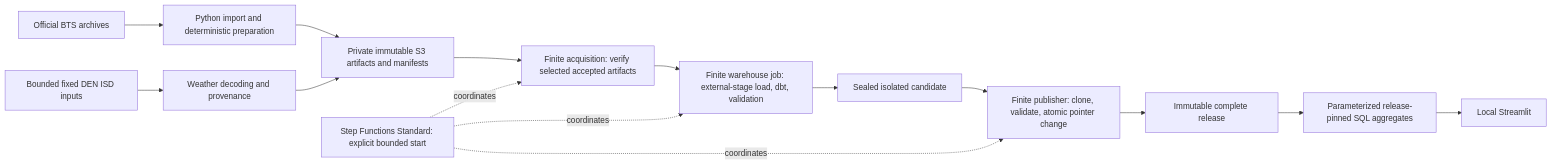
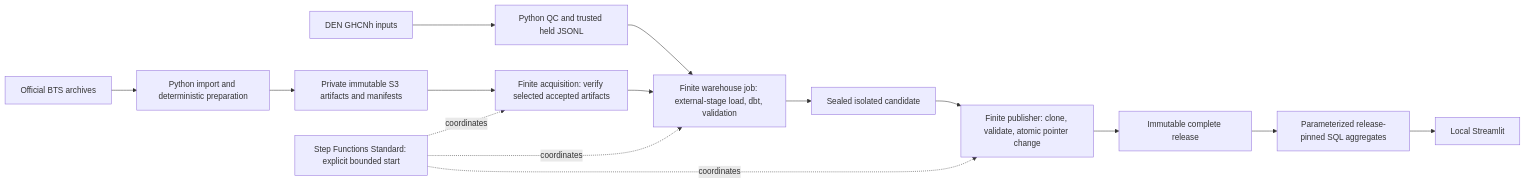
Before and after one commit to kirebanana/airline-delay-intelligence: the first of 2 diagrams in docs/presentation.md, drawn with Mermaid. The commit also changed other lines of this file and 12 other files, not shown here.

Commit message:
Refresh architecture documentation and record resource lifecycle (#16)

````diff
--- a/docs/presentation.md
+++ b/docs/presentation.md
@@ -51,17 +62,17 @@
 ```mermaid
 flowchart LR
     BTS[Official BTS archives] --> Prep[Python import and deterministic preparation]
-    NOAA[Bounded fixed DEN ISD inputs] --> WX[Weather decoding and provenance]
+    NOAA[DEN GHCNh inputs] --> WX[Python QC and trusted held JSONL]
     Prep --> S3[Private immutable S3 artifacts and manifests]
-    WX --> S3
+    WX --> Build
     S3 --> Acq[Finite acquisition: verify selected accepted artifacts]
     Acq --> Build[Finite warehouse job: external-stage load, dbt, validation]
     Build --> Candidate[Sealed isolated candidate]
     Candidate --> Pub[Finite publisher: clone, validate, atomic pointer change]
     Pub --> Release[Immutable complete release]
     Release --> SQL[Parameterized release-pinned SQL aggregates]
     SQL --> UI[Local Streamlit]
     SF[Step Functions Standard: explicit bounded start] -. coordinates .-> Acq
     SF -. coordinates .-> Build
     SF -. coordinates .-> Pub
 ```
````
